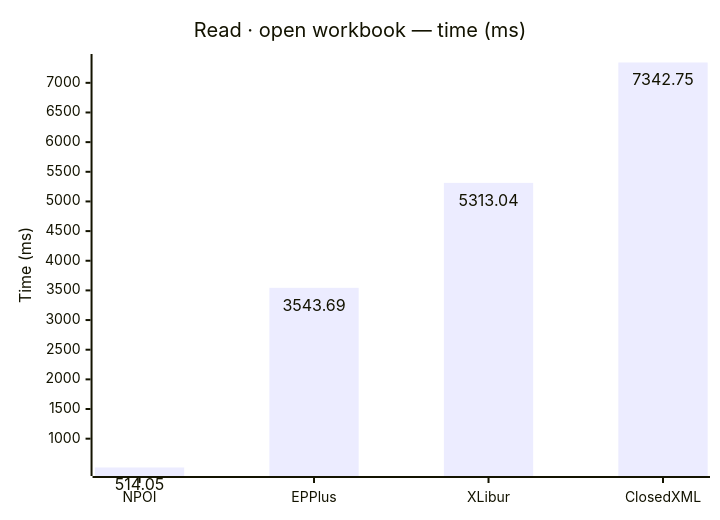
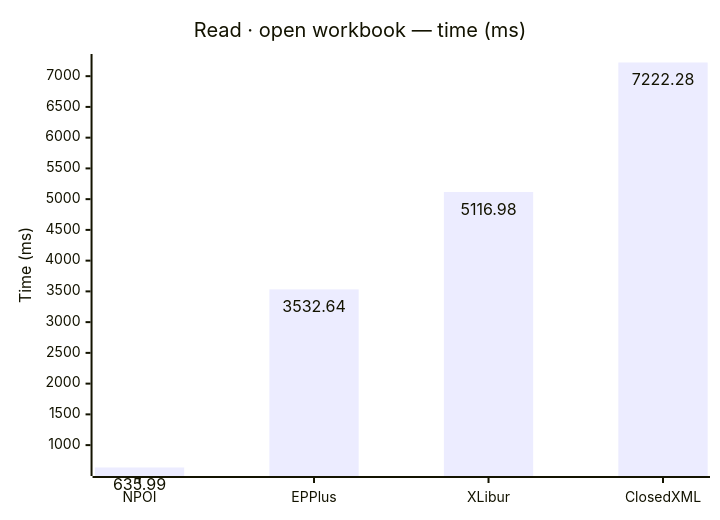
One commit to jafin/XLBench changed the first of 6 diagrams in docs/results.md. Above: the diagram before and after it, drawn with Mermaid. The commit also changed other lines of this file and 3 other files, not shown here.

````diff
--- a/docs/results.md
+++ b/docs/results.md
@@ -33,12 +34,12 @@
 ```mermaid
 ---
 config:
   xyChart:
     showDataLabel: true
 ---
 xychart-beta
     title "Read · open workbook — time (ms)"
     x-axis ["NPOI", "EPPlus", "XLibur", "ClosedXML"]
     y-axis "Time (ms)"
-    bar [514.05, 3543.69, 5313.04, 7342.75]
+    bar [635.99, 3532.64, 5116.98, 7222.28]
 ```
````
